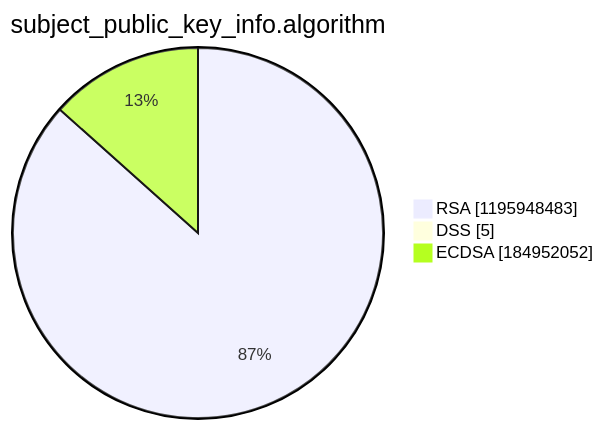
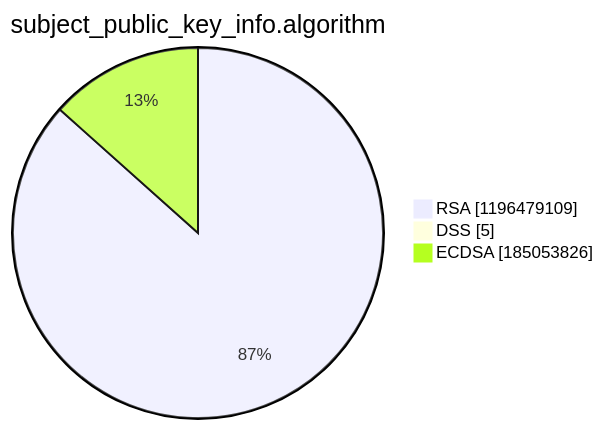
One commit to christiankrug/ctmonitor_visualization changed the third of 15 diagrams in argon2022/README.md. Above: the diagram before and after it, drawn with Mermaid. The commit also changed other lines of this file, not shown here.

````diff
--- a/argon2022/README.md
+++ b/argon2022/README.md
@@ -14,7 +14,7 @@
 ```mermaid
 pie showData
 title subject_public_key_info.algorithm
-"RSA" :1195948483
+"RSA" :1196479109
 "DSS" :5
-"ECDSA" :184952052
+"ECDSA" :185053826
 ```
````
